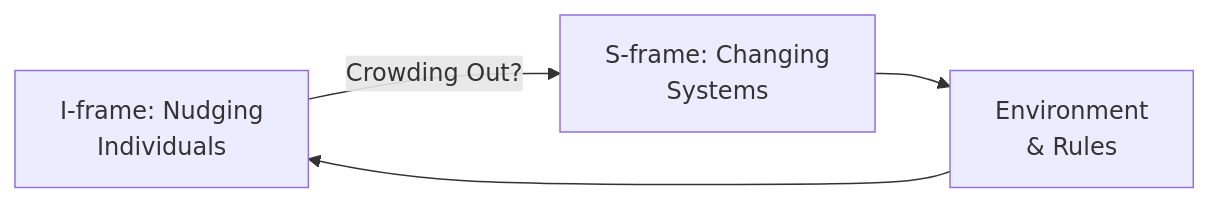
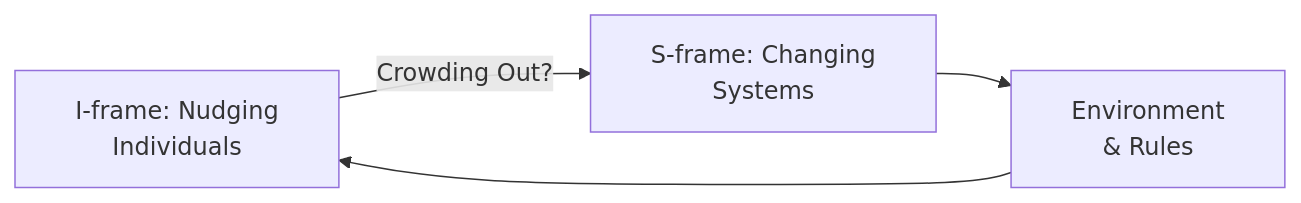
The fifth of 7 diagrams in Communication_Influence/Mastery_Guide_SOW_BS033.md (GM024/CourseSummaries), drawn with Mermaid before and after one commit. The commit also changed other lines of this file, not shown here.

Commit message:
Implement Forced Padding (&nbsp;) in all Mermaid diagrams to prevent overflow

````diff
--- a/Communication_Influence/Mastery_Guide_SOW_BS033.md
+++ b/Communication_Influence/Mastery_Guide_SOW_BS033.md
@@ -150,6 +150,6 @@
 ```mermaid
 graph LR
-    I[I-frame: Nudging<br/>Individuals] -- Crowding Out? --> S[S-frame: Changing<br/>Systems]
-    S --> Environment[Environment<br/>& Rules]
+    I["&nbsp; I-frame: Nudging &nbsp;<br/>&nbsp; Individuals &nbsp;"] -- Crowding Out? --> S["&nbsp; S-frame: Changing &nbsp;<br/>&nbsp; Systems &nbsp;"]
+    S --> Environment["&nbsp; Environment &nbsp;<br/>&nbsp; & Rules &nbsp;"]
     Environment --> I
 ```
````
